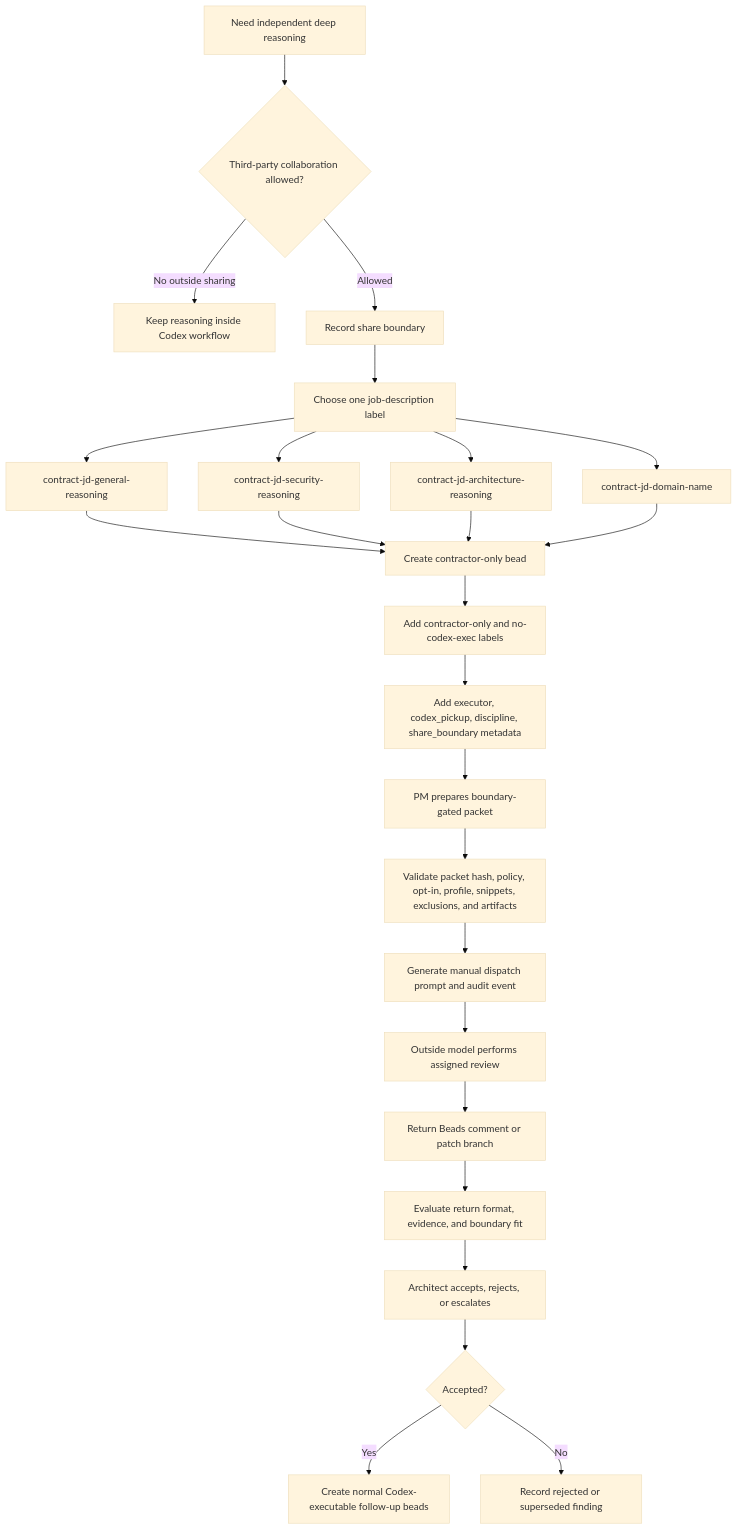
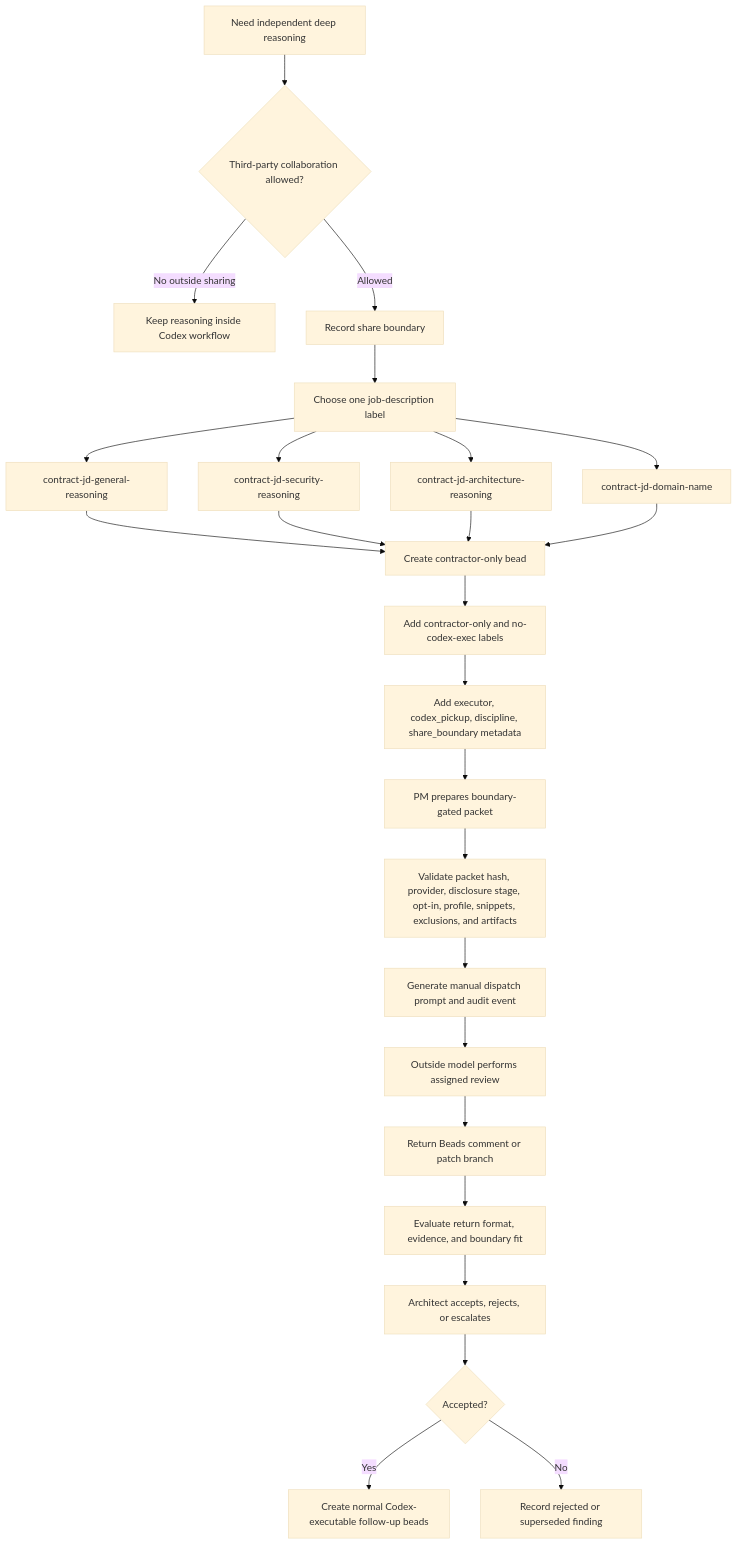
The fourth of 6 diagrams in README.md (gprocunier/complex-work-orchestration), drawn with Mermaid (base theme) before and after one commit. The commit also changed other lines of this file and 43 other files, not shown here.

````diff
--- a/README.md
+++ b/README.md
@@ -212,30 +223,30 @@
 ```mermaid
 flowchart TD
     Need[Need independent deep reasoning] --> OptIn{Third-party collaboration allowed?}
     OptIn -->|No outside sharing| Internal[Keep reasoning inside Codex workflow]
     OptIn -->|Allowed| Boundary[Record share boundary]
 
     Boundary --> JD[Choose one job-description label]
     JD --> General[contract-jd-general-reasoning]
     JD --> Security[contract-jd-security-reasoning]
     JD --> Architecture[contract-jd-architecture-reasoning]
     JD --> Specialist[contract-jd-domain-name]
 
     General --> Create[Create contractor-only bead]
     Security --> Create
     Architecture --> Create
     Specialist --> Create
 
     Create --> Guard[Add contractor-only and no-codex-exec labels]
     Guard --> Metadata[Add executor, codex_pickup, discipline, share_boundary metadata]
     Metadata --> PMPacket[PM prepares boundary-gated packet]
-    PMPacket --> Validate[Validate packet hash, policy, opt-in, profile, snippets, exclusions, and artifacts]
+    PMPacket --> Validate[Validate packet hash, provider, disclosure stage, opt-in, profile, snippets, exclusions, and artifacts]
     Validate --> Dispatch[Generate manual dispatch prompt and audit event]
     Dispatch --> Outside[Outside model performs assigned review]
     Outside --> Return[Return Beads comment or patch branch]
     Return --> Evaluate[Evaluate return format, evidence, and boundary fit]
     Evaluate --> Architect[Architect accepts, rejects, or escalates]
     Architect --> Accepted{Accepted?}
     Accepted -->|Yes| Followup[Create normal Codex-executable follow-up beads]
     Accepted -->|No| CloseLoop[Record rejected or superseded finding]
 ```
````
